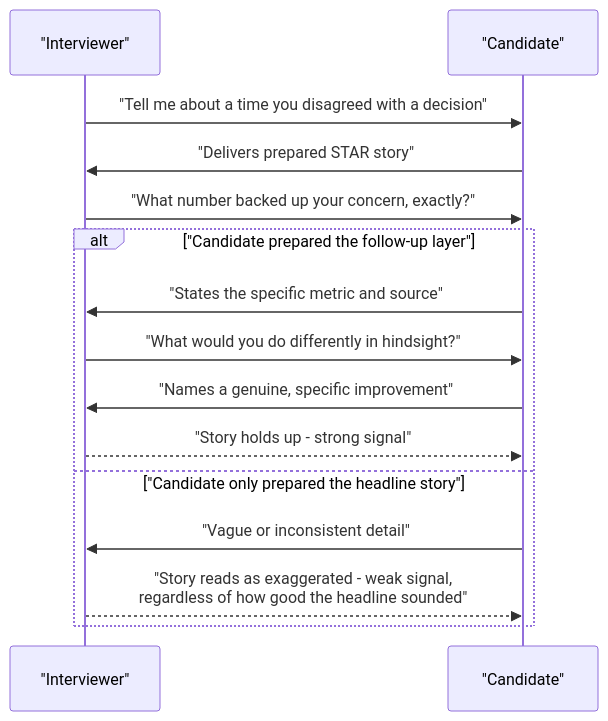
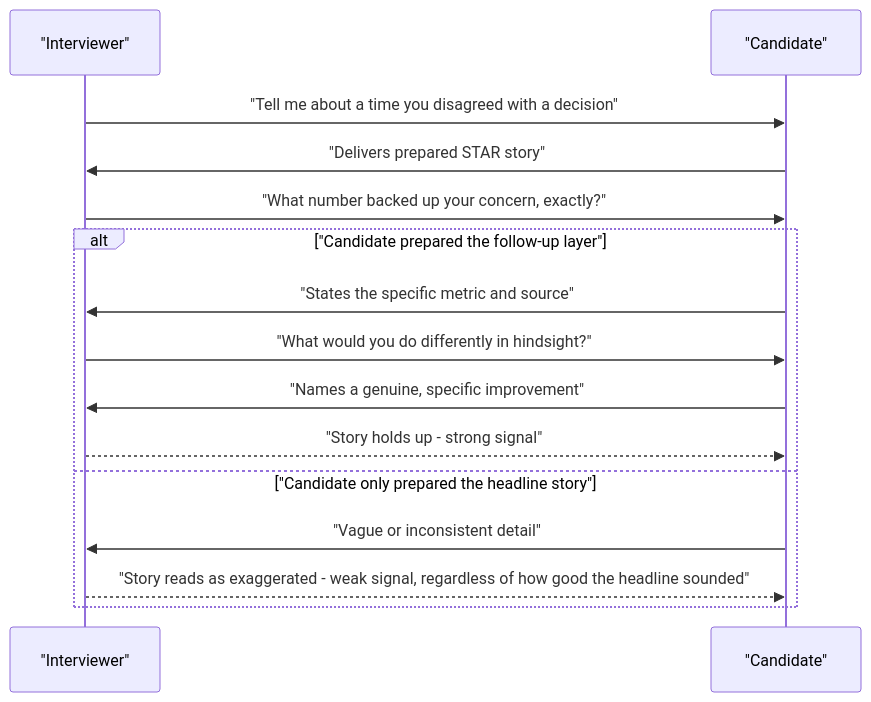
One commit to vinayakhumberi/litmus changed the second of 2 diagrams in data/topics/star-method.md. Above: the diagram before and after it, drawn with Mermaid. The commit also changed other lines of this file and 68 other files, not shown here.

````diff
--- a/data/topics/star-method.md
+++ b/data/topics/star-method.md
@@ -115,18 +115,18 @@
 ```mermaid
 sequenceDiagram
     participant I as "Interviewer"
     participant C as "Candidate"
 
     I->>C: "Tell me about a time you disagreed with a decision"
     C->>I: "Delivers prepared STAR story"
     I->>C: "What number backed up your concern, exactly?"
     alt "Candidate prepared the follow-up layer"
         C->>I: "States the specific metric and source"
         I->>C: "What would you do differently in hindsight?"
         C->>I: "Names a genuine, specific improvement"
         I-->>C: "Story holds up - strong signal"
     else "Candidate only prepared the headline story"
         C->>I: "Vague or inconsistent detail"
-        I-->>C: "Story reads as exaggerated - weak signal,<br>regardless of how good the headline sounded"
+        I-->>C: "Story reads as exaggerated - weak signal, regardless of how good the headline sounded"
     end
 ```
````
